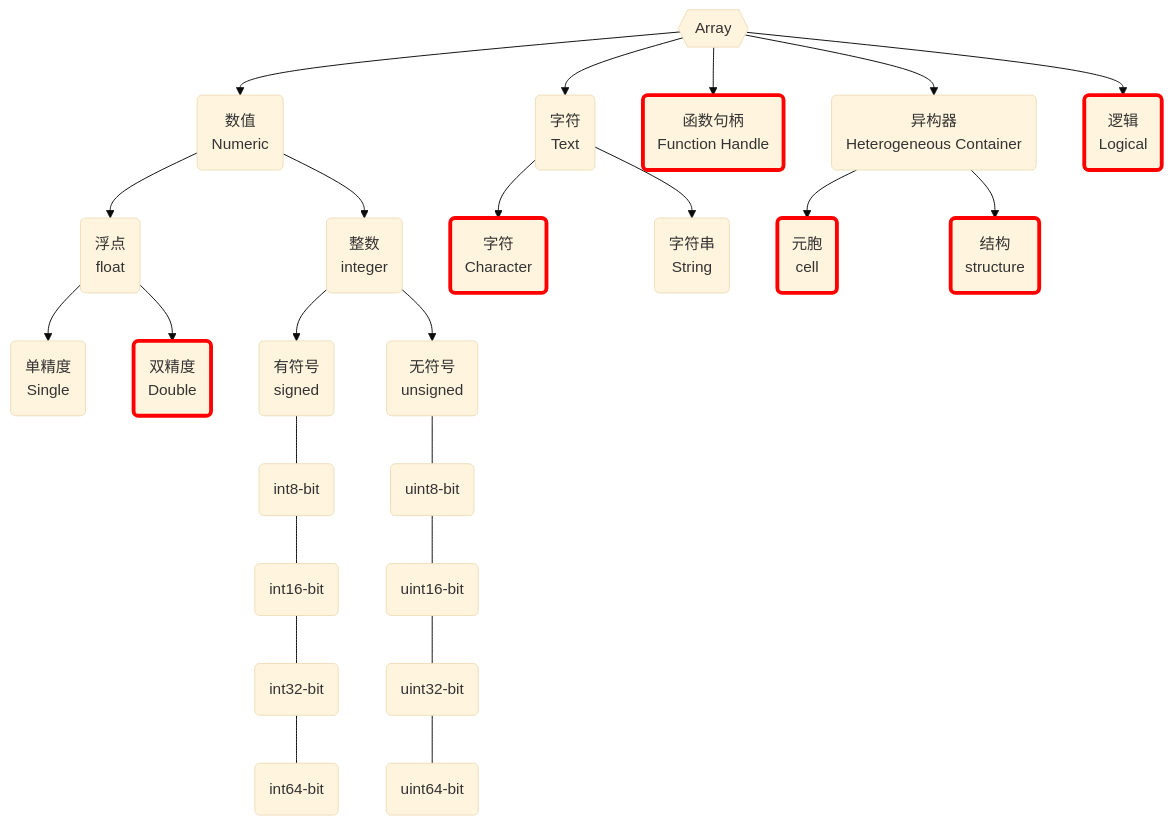
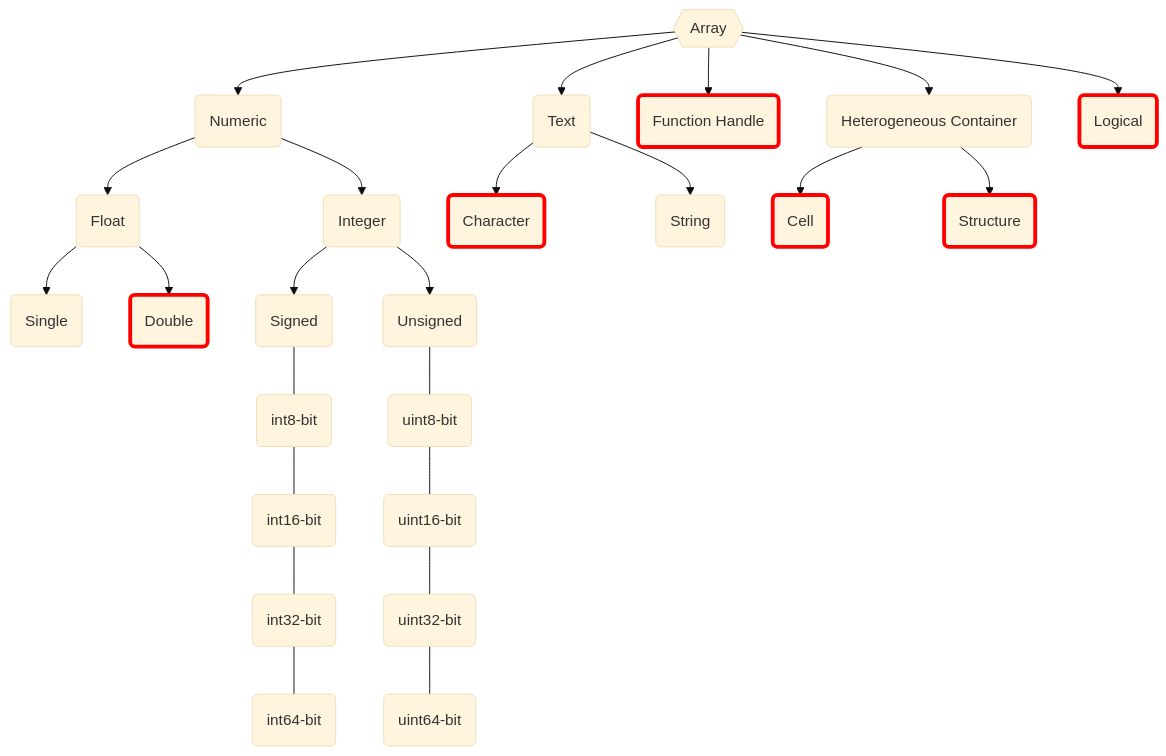
One commit to zcysxy/note changed the diagram in content/Matlab Types.md. Above: the diagram before and after it, drawn with Mermaid (base theme). The commit also changed other lines of this file and 20 other files, not shown here.

````diff
--- a/content/Matlab Types.md
+++ b/content/Matlab Types.md
@@ -23,28 +38,28 @@
 ```mermaid
 graph TD
-A{{Array}} --> B(数值<br>Numeric)
-    B --> B1(浮点<br>float)
-        B1 --> B11(单精度<br>Single)
-        B1 --> B12(双精度<br>Double):::imp
-    B --> B2(整数<br>integer)
-        B2 --> B21(有符号<br>signed)
+A{{Array}} --> B(Numeric)
+    B --> B1(Float)
+        B1 --> B11(Single)
+        B1 --> B12(Double):::imp
+    B --> B2(Integer)
+        B2 --> B21(Signed)
             B21 --- B211(int8-bit)
             B211 --- B212(int16-bit)
             B212 --- B213(int32-bit)
             B213 --- B214(int64-bit)
-        B2 --> B22(无符号<br>unsigned)
+        B2 --> B22(Unsigned)
             B22 --- B221(uint8-bit)
             B221 --- B222(uint16-bit)
             B222 --- B223(uint32-bit)
             B223 --- B224(uint64-bit)
-A --> C(字符<br>Text)
-    C --> C1(字符<br>Character):::imp
-    C --> C2(字符串<br>String)
-A --> D(函数句柄<br>Function Handle):::imp
-A --> E(异构器<br>Heterogeneous Container)
-    E --> E1(元胞<br>cell):::imp
-    E --> E2(结构<br>structure):::imp
-A --> F(逻辑<br>Logical):::imp
+A --> C(Text)
+    C --> C1(Character):::imp
+    C --> C2(String)
+A --> D(Function Handle):::imp
+A --> E(Heterogeneous Container)
+    E --> E1(Cell):::imp
+    E --> E2(Structure):::imp
+A --> F(Logical):::imp
 
 classDef imp stroke:#ff0000,stroke-width:4px;
 ```
````
